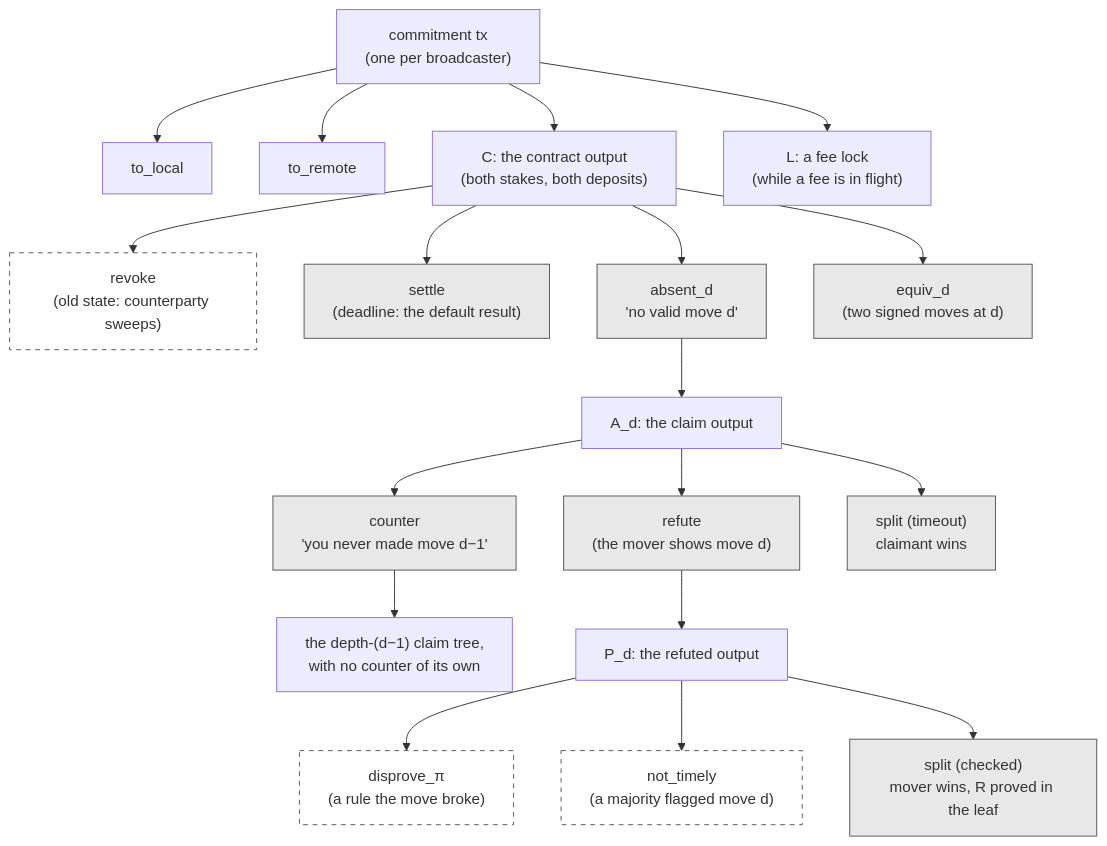
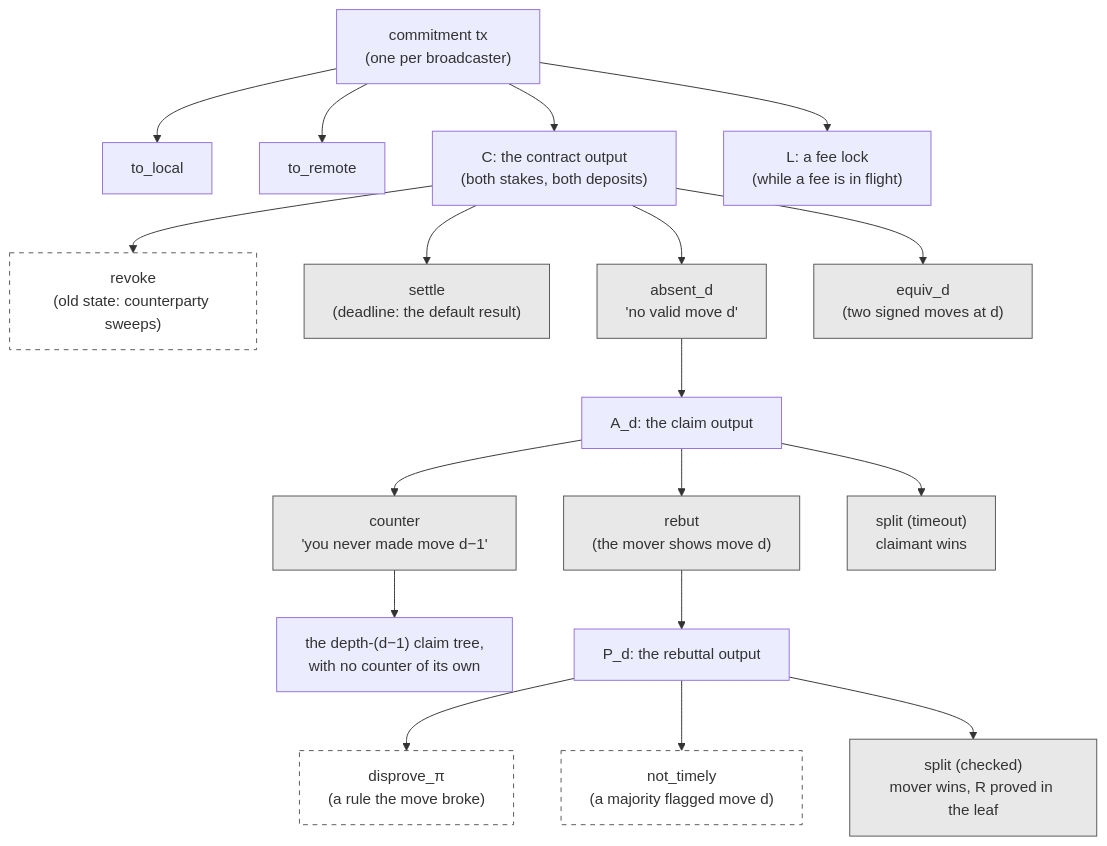
The first of 3 diagrams in docs/presigned-graph.md (AdamISZ/ln-gap), drawn with Mermaid before and after one commit. The commit also changed other lines of this file and 86 other files, not shown here.

First line of the commit message:
Rename "refute"/"refutation" to "rebut"/"rebuttal" throughout

````diff
--- a/docs/presigned-graph.md
+++ b/docs/presigned-graph.md
@@ -13,27 +13,27 @@
 ```mermaid
 flowchart TB
     CM["commitment tx<br/>(one per broadcaster)"] --> TL["to_local"]
     CM --> TR["to_remote"]
     CM --> C["C: the contract output<br/>(both stakes, both deposits)"]
     CM --> L["L: a fee lock<br/>(while a fee is in flight)"]
 
     C --> REV["revoke<br/>(old state: counterparty sweeps)"]:::run
     C --> SET["settle<br/>(deadline: the default result)"]:::pre
     C --> ABS["absent_d<br/>'no valid move d'"]:::pre
     C --> EQ["equiv_d<br/>(two signed moves at d)"]:::pre
 
     ABS --> A["A_d: the claim output"]
-    A --> REF["refute<br/>(the mover shows move d)"]:::pre
+    A --> REF["rebut<br/>(the mover shows move d)"]:::pre
     A --> CTR["counter<br/>'you never made move d−1'"]:::pre
     A --> TS["split (timeout)<br/>claimant wins"]:::pre
 
     CTR --> A2["the depth-(d−1) claim tree,<br/>with no counter of its own"]
 
-    REF --> P["P_d: the refuted output"]
+    REF --> P["P_d: the rebuttal output"]
     P --> DIS["disprove_π<br/>(a rule the move broke)"]:::run
     P --> NT["not_timely<br/>(a majority flagged move d)"]:::run
     P --> CS["split (checked)<br/>mover wins, R proved in the leaf"]:::pre
 
     classDef pre fill:#e8e8e8,stroke:#555
     classDef run fill:#ffffff,stroke:#555,stroke-dasharray: 5 5
 ```
````
